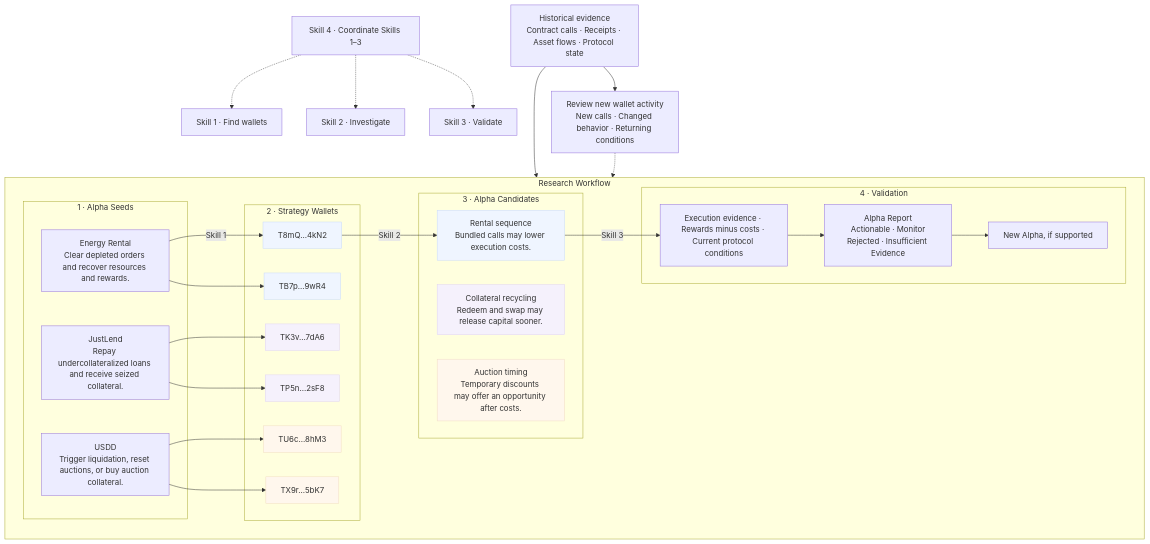
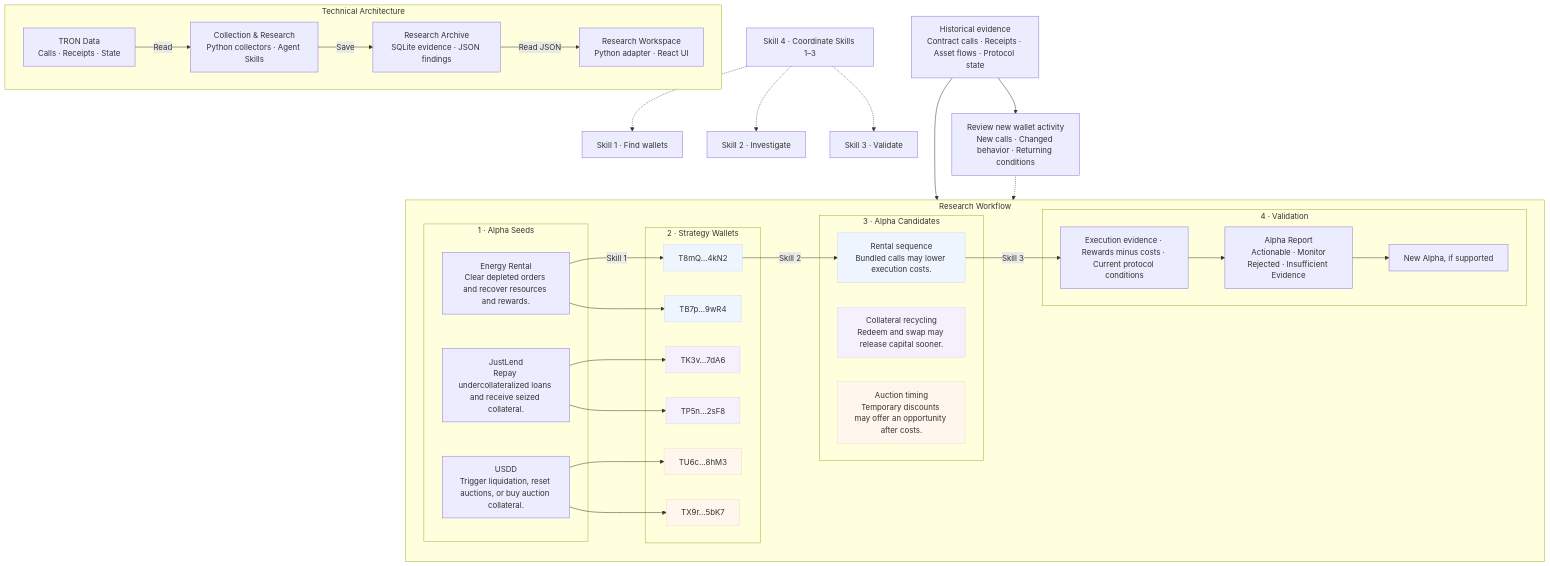
One commit to qinyh10300/protocol-alpha-finder changed the diagram in docs/diagrams/system-architecture-en.mmd. Above: the diagram before and after it, drawn with Mermaid. The commit also changed 8 other files, not shown here.

Commit message:
docs: replace technical notes with connected architecture boxes

```diff
--- a/docs/diagrams/system-architecture-en.mmd
+++ b/docs/diagrams/system-architecture-en.mmd
@@ -1,59 +1,69 @@
 flowchart TB
     subgraph FLOW["Research Workflow"]
         direction LR
         subgraph SEEDS["1 · Alpha Seeds"]
             SEED0["Energy Rental<br/>Clear depleted orders and recover resources and rewards."]
             SEED1["JustLend<br/>Repay undercollateralized loans and receive seized collateral."]
             SEED2["USDD<br/>Trigger liquidation, reset auctions, or buy auction collateral."]
         end
         subgraph WALLETS["2 · Strategy Wallets"]
             WALLET0["T8mQ…4kN2"]
             WALLET1["TB7p…9wR4"]
             WALLET2["TK3v…7dA6"]
             WALLET3["TP5n…2sF8"]
             WALLET4["TU6c…8hM3"]
             WALLET5["TX9r…5bK7"]
         end
         subgraph CANDIDATES["3 · Alpha Candidates"]
             CANDIDATE0["Rental sequence<br/>Bundled calls may lower execution costs."]
             CANDIDATE1["Collateral recycling<br/>Redeem and swap may release capital sooner."]
             CANDIDATE2["Auction timing<br/>Temporary discounts may offer an opportunity after costs."]
         end
         subgraph VALIDATION["4 · Validation"]
             CHECK["Execution evidence · Rewards minus costs · Current protocol conditions"]
             REPORT["Alpha Report<br/>Actionable · Monitor<br/>Rejected · Insufficient Evidence"]
             NEW["New Alpha, if supported"]
             CHECK --> REPORT --> NEW
         end
         SEED0 -->|Skill 1| WALLET0
         SEED0 --> WALLET1
         SEED1 --> WALLET2
         SEED1 --> WALLET3
         SEED2 --> WALLET4
         SEED2 --> WALLET5
         WALLET0 -->|Skill 2| CANDIDATE0
         CANDIDATE0 -->|Skill 3| CHECK
     end
     S1["Skill 1 · Find wallets"]
     S2["Skill 2 · Investigate"]
     S3["Skill 3 · Validate"]
     S4["Skill 4 · Coordinate Skills 1–3"]
     S4 -.-> S1
     S4 -.-> S2
     S4 -.-> S3
     HISTORY["Historical evidence<br/>Contract calls · Receipts · Asset flows · Protocol state"]
     OBSERVE["Review new wallet activity<br/>New calls · Changed behavior · Returning conditions"]
     HISTORY --> FLOW
     HISTORY --> OBSERVE
     OBSERVE -.-> FLOW
     %% Illustrative addresses and hypotheses · Matching colors show provenance; one research path is drawn.
     %% Repeat collection and review; current checks start manually.
     style WALLET0 fill:#eff5ff,stroke:#c8daf8
     style WALLET1 fill:#eff5ff,stroke:#c8daf8
     style CANDIDATE0 fill:#eff5ff,stroke:#c8daf8
     style WALLET2 fill:#f5f1fc,stroke:#ded2f2
     style WALLET3 fill:#f5f1fc,stroke:#ded2f2
     style CANDIDATE1 fill:#f5f1fc,stroke:#ded2f2
     style WALLET4 fill:#fff7ed,stroke:#f1dcc2
     style WALLET5 fill:#fff7ed,stroke:#f1dcc2
     style CANDIDATE2 fill:#fff7ed,stroke:#f1dcc2
+    subgraph TECH["Technical Architecture"]
+        direction LR
+        T0["TRON Data<br/>Calls · Receipts · State"]
+        T1["Collection & Research<br/>Python collectors · Agent Skills"]
+        T0 -->|Read| T1
+        T2["Research Archive<br/>SQLite evidence · JSON findings"]
+        T1 -->|Save| T2
+        T3["Research Workspace<br/>Python adapter · React UI"]
+        T2 -->|Read JSON| T3
+    end
```
